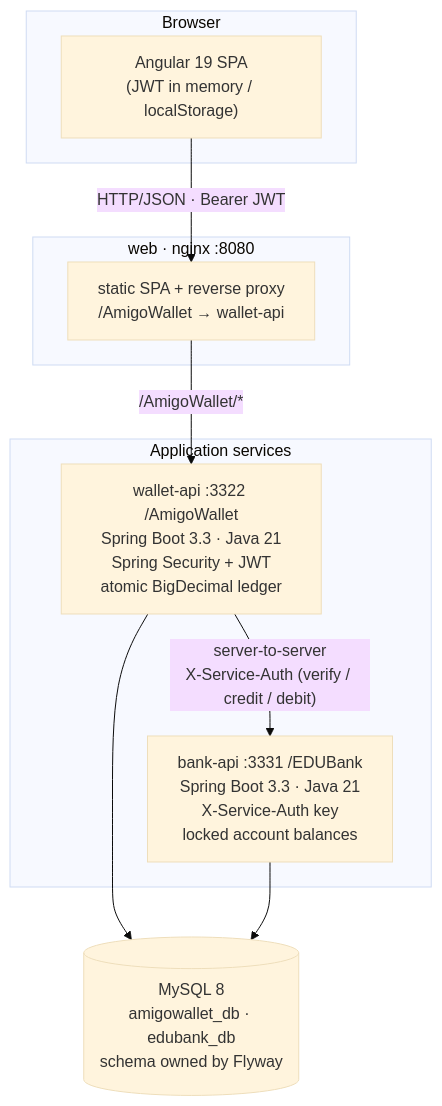
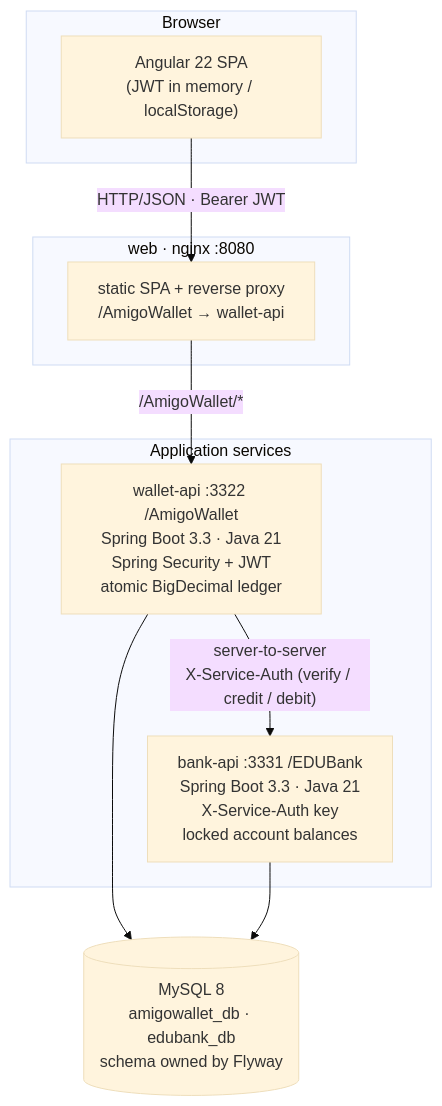
Before and after one commit to JayeshSuryavanshi/Walleto: the diagram in README.md, drawn with Mermaid (base theme). The commit also changed other lines of this file and 3 other files, not shown here.

````diff
--- a/README.md
+++ b/README.md
@@ -59,23 +59,23 @@
 ```mermaid
 graph TD
     subgraph client[Browser]
-      SPA["Angular 19 SPA<br/>(JWT in memory / localStorage)"]
+      SPA["Angular 22 SPA<br/>(JWT in memory / localStorage)"]
     end
 
     subgraph edge["web · nginx :8080"]
       NGINX["static SPA + reverse proxy<br/>/AmigoWallet → wallet-api"]
     end
 
     subgraph app[Application services]
       WALLET["wallet-api :3322 /AmigoWallet<br/>Spring Boot 3.3 · Java 21<br/>Spring Security + JWT<br/>atomic BigDecimal ledger"]
       BANK["bank-api :3331 /EDUBank<br/>Spring Boot 3.3 · Java 21<br/>X-Service-Auth key<br/>locked account balances"]
     end
 
     DB[("MySQL 8<br/>amigowallet_db · edubank_db<br/>schema owned by Flyway")]
 
     SPA -->|"HTTP/JSON · Bearer JWT"| NGINX
     NGINX -->|"/AmigoWallet/*"| WALLET
     WALLET -->|"server-to-server<br/>X-Service-Auth (verify / credit / debit)"| BANK
     WALLET --> DB
     BANK --> DB
 ```
````
